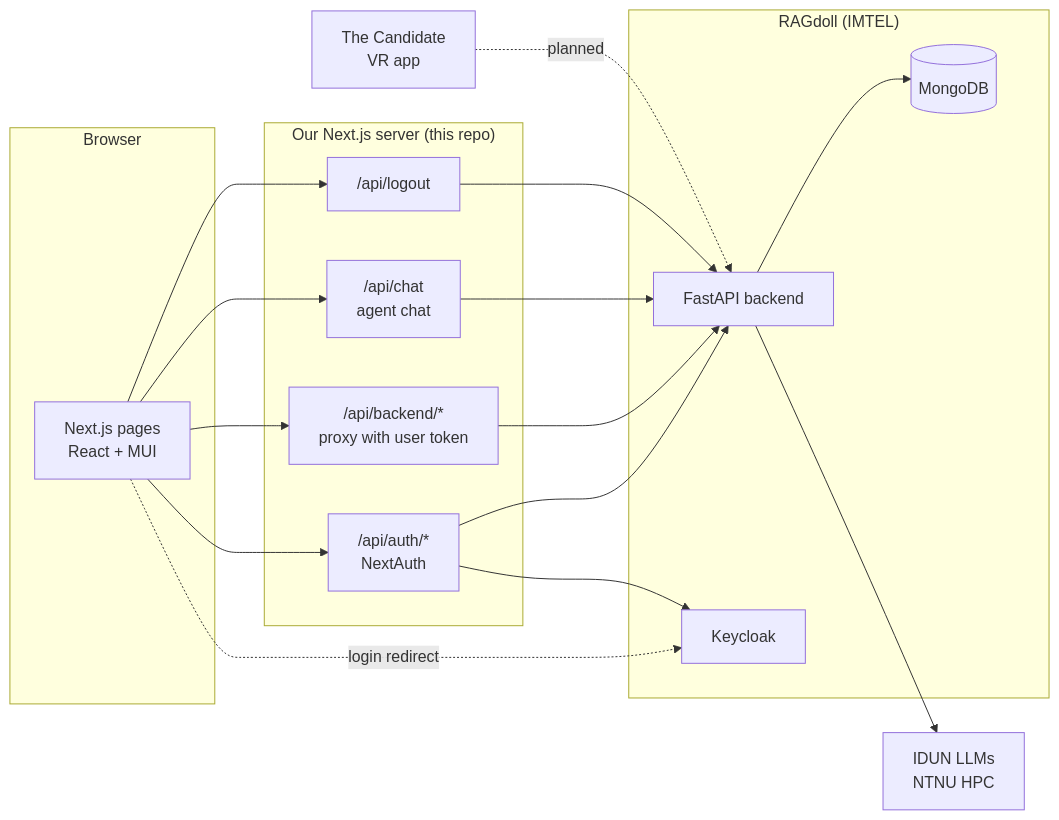
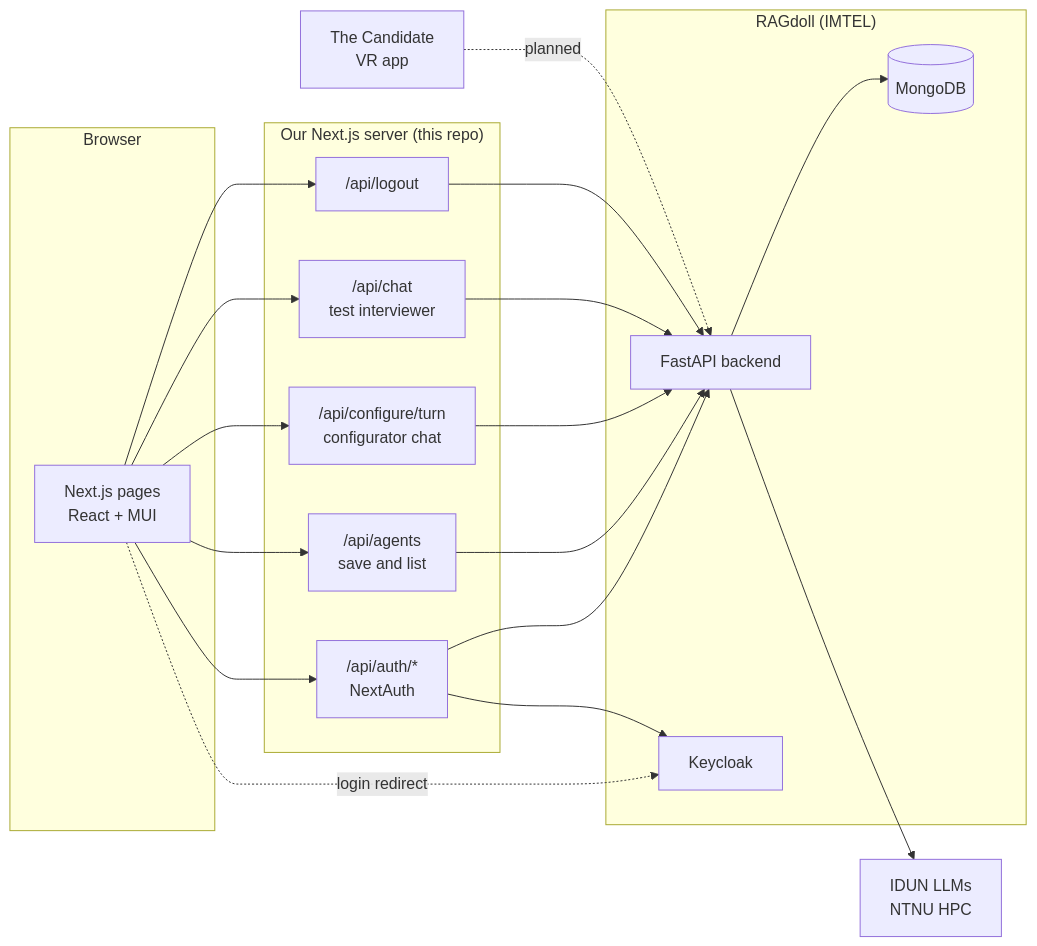
The first of 4 diagrams in docs/architecture.md (IMTEL/team-tdt4290-fall-2026), drawn with Mermaid before and after one commit. The commit also changed other lines of this file and 1 other file, not shown here.

````diff
--- a/docs/architecture.md
+++ b/docs/architecture.md
@@ -26,33 +26,35 @@
 ```mermaid
 flowchart LR
     subgraph Browser
         UI[Next.js pages<br/>React + MUI]
     end
 
     subgraph Frontend["Our Next.js server (this repo)"]
-        Proxy["/api/backend/*<br/>proxy with user token"]
-        Chat["/api/chat<br/>agent chat"]
+        Agents["/api/agents<br/>save and list"]
+        Turn["/api/configure/turn<br/>configurator chat"]
+        Chat["/api/chat<br/>test interviewer"]
         Auth["/api/auth/*<br/>NextAuth"]
         Logout["/api/logout"]
     end
 
     subgraph RAGdoll["RAGdoll (IMTEL)"]
         API[FastAPI backend]
         KC[Keycloak]
         DB[(MongoDB)]
     end
 
     IDUN[IDUN LLMs<br/>NTNU HPC]
     TC[The Candidate<br/>VR app]
 
-    UI --> Proxy & Chat & Auth & Logout
+    UI --> Agents & Turn & Chat & Auth & Logout
     UI -. login redirect .-> KC
     Auth --> KC
     Auth --> API
-    Proxy --> API
+    Agents --> API
+    Turn --> API
     Chat --> API
     Logout --> API
     API --> DB
     API --> IDUN
     TC -. planned .-> API
 ```
````
